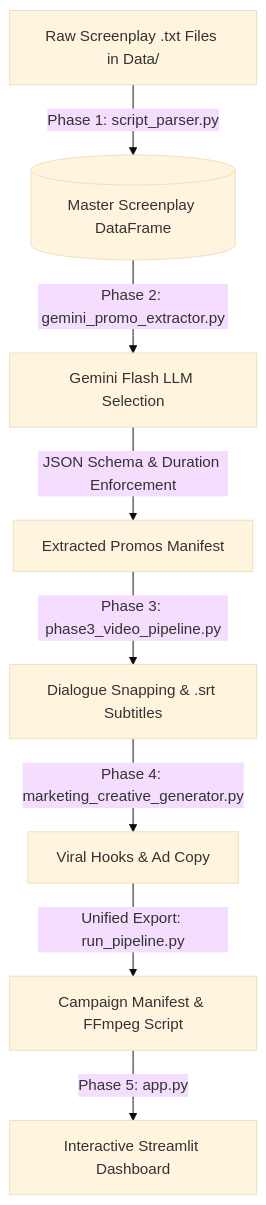
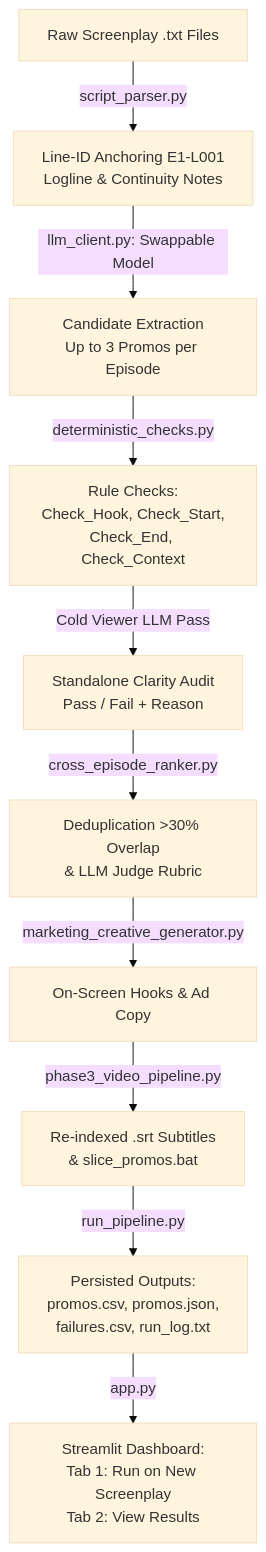
Before and after one commit to Sushank18/KuKu-FM: the diagram in README.md, drawn with Mermaid (base theme). The commit also changed other lines of this file and 21 other files, not shown here.

Commit message:
Upgrade pipeline to meet Kuku brief: Line-ID anchoring, deterministic checks, swappable model, cold-viewer pass, evaluation suite, and full 50-episode raw outputs

````diff
--- a/README.md
+++ b/README.md
@@ -33,10 +26,12 @@
 ```mermaid
 flowchart TD
-    A[Raw Screenplay .txt Files in Data/] -->|Phase 1: script_parser.py| B[(Master Screenplay DataFrame)]
-    B -->|Phase 2: gemini_promo_extractor.py| C[Gemini Flash LLM Selection]
-    C -->|JSON Schema & Duration Enforcement| D[Extracted Promos Manifest]
-    D -->|Phase 3: phase3_video_pipeline.py| E[Dialogue Snapping & .srt Subtitles]
-    E -->|Phase 4: marketing_creative_generator.py| F[Viral Hooks & Ad Copy]
-    F -->|Unified Export: run_pipeline.py| G[Campaign Manifest & FFmpeg Script]
-    G -->|Phase 5: app.py| H[Interactive Streamlit Dashboard]
+    A[Raw Screenplay .txt Files] -->|script_parser.py| B[Line-ID Anchoring E1-L001<br>Logline & Continuity Notes]
+    B -->|llm_client.py: Swappable Model| C[Candidate Extraction<br>Up to 3 Promos per Episode]
+    C -->|deterministic_checks.py| D[Rule Checks:<br>Check_Hook, Check_Start,<br>Check_End, Check_Context]
+    D -->|Cold Viewer LLM Pass| E[Standalone Clarity Audit<br>Pass / Fail + Reason]
+    E -->|cross_episode_ranker.py| F[Deduplication >30% Overlap<br>& LLM Judge Rubric]
+    F -->|marketing_creative_generator.py| G[On-Screen Hooks & Ad Copy]
+    G -->|phase3_video_pipeline.py| H[Re-indexed .srt Subtitles<br>& slice_promos.bat]
+    H -->|run_pipeline.py| I[Persisted Outputs:<br>promos.csv, promos.json,<br>failures.csv, run_log.txt]
+    I -->|app.py| J[Streamlit Dashboard:<br>Tab 1: Run on New Screenplay<br>Tab 2: View Results]
 ```
````
